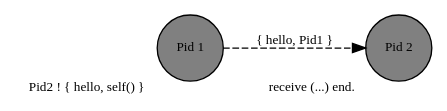
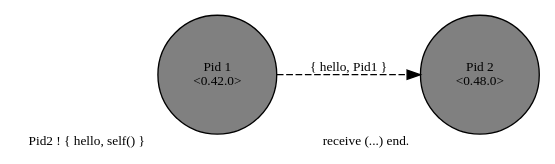
Before and after one commit to dont-rely-on-nulls/gambiconf-2025: the second of 22 diagrams in presentation.org, drawn with Graphviz. The commit also changed other lines of this file and 14 other files, not shown here.

```diff
--- a/presentation.org
+++ b/presentation.org
@@ -219,11 +247,11 @@
-#+BEGIN_SRC dot :file ./img/erlang_message_passing.png :cmdline -Kdot -Tpng :exports results
+#+BEGIN_SRC dot :file ./img/erlang_message_passing_02.png :cmdline -Kdot -Tpng :exports results
   digraph Send {
     node [shape=circle];
     rankdir="LR";
 
-    pid1 [label="Pid 1", xlabel="Pid2 ! { hello, self() }", fontsize="10pt", style=filled, fillcolor=grey];
-    pid2 [label="Pid 2", fontsize="10pt", style=filled, fillcolor=grey, xlabel="receive (...) end." ];
+    pid1 [label="Pid 1\n<0.42.0>", xlabel="Pid2 ! { hello, self() }", fontsize="10pt", style=filled, fillcolor=grey];
+    pid2 [label="Pid 2\n<0.48.0>", fontsize="10pt", style=filled, fillcolor=grey, xlabel="receive (...) end." ];
 
     pid1 -> pid2 [label="{ hello, Pid1 }", fontsize="10pt", style=dashed];
   }
 #+END_SRC
```
